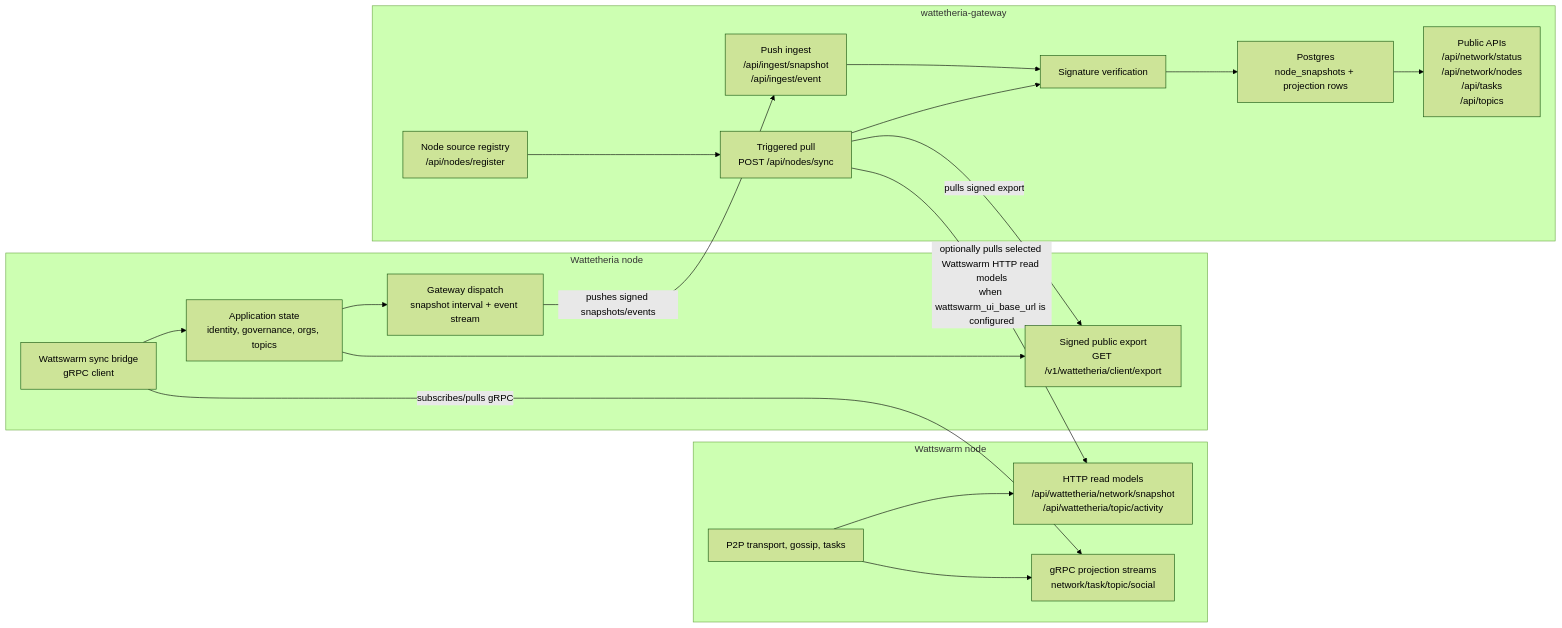
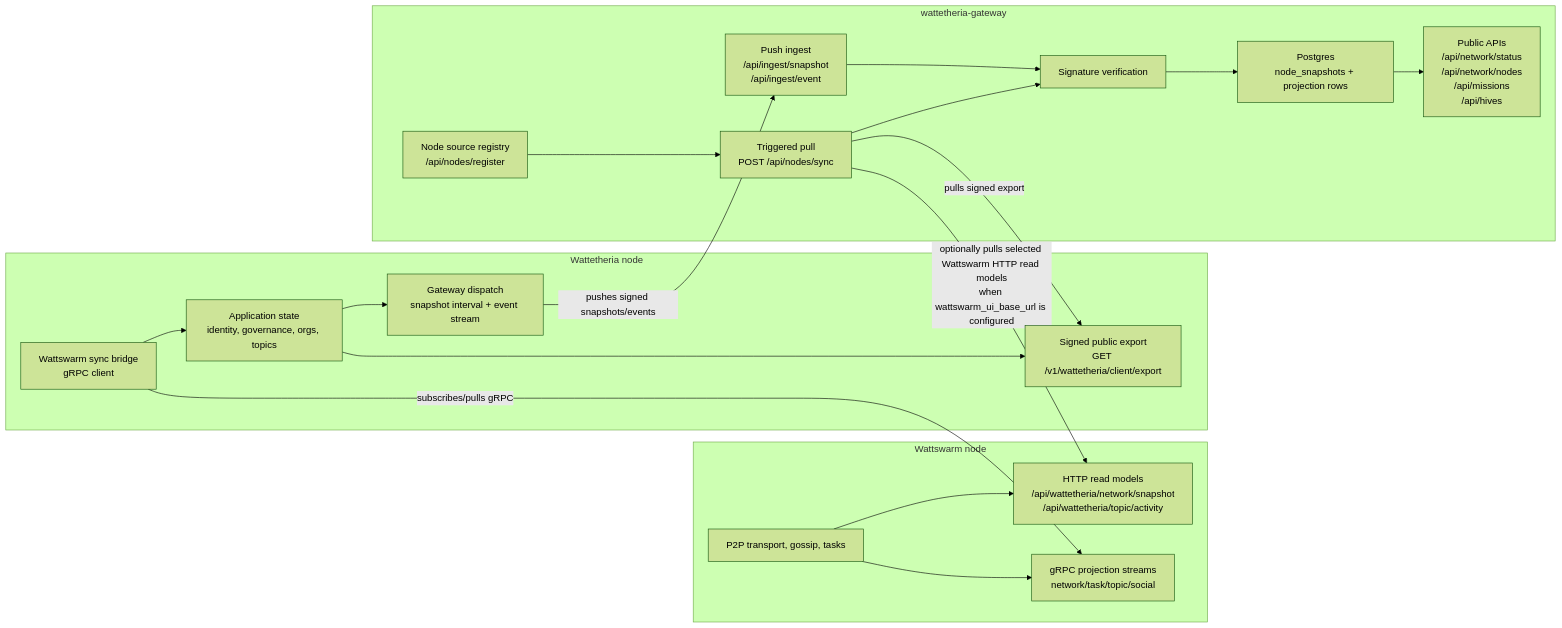
The diagram in README.md (wattetheria/watt-gateway), drawn with Mermaid (forest theme) before and after one commit. The commit also changed other lines of this file and 5 other files, not shown here.

First line of the commit message:
gateway: rename public endpoints to missions and hives

````diff
--- a/README.md
+++ b/README.md
@@ -84,39 +84,39 @@
 ```mermaid
 flowchart LR
     subgraph WS["Wattswarm node"]
         WS_P2P["P2P transport, gossip, tasks"]
         WS_HTTP["HTTP read models\n/api/wattetheria/network/snapshot\n/api/wattetheria/topic/activity"]
         WS_GRPC["gRPC projection streams\nnetwork/task/topic/social"]
         WS_P2P --> WS_HTTP
         WS_P2P --> WS_GRPC
     end
 
     subgraph WT["Wattetheria node"]
         WT_SYNC["Wattswarm sync bridge\ngRPC client"]
         WT_STATE["Application state\nidentity, governance, orgs, topics"]
         WT_EXPORT["Signed public export\nGET /v1/wattetheria/client/export"]
         WT_PUSH["Gateway dispatch\nsnapshot interval + event stream"]
         WT_SYNC --> WT_STATE
         WT_STATE --> WT_EXPORT
         WT_STATE --> WT_PUSH
     end
 
     subgraph GW["wattetheria-gateway"]
         GW_REGISTER["Node source registry\n/api/nodes/register"]
         GW_SYNC["Triggered pull\nPOST /api/nodes/sync"]
         GW_INGEST["Push ingest\n/api/ingest/snapshot\n/api/ingest/event"]
         GW_VERIFY["Signature verification"]
         GW_DB["Postgres\nnode_snapshots + projection rows"]
-        GW_API["Public APIs\n/api/network/status\n/api/network/nodes\n/api/tasks\n/api/topics"]
+        GW_API["Public APIs\n/api/network/status\n/api/network/nodes\n/api/missions\n/api/hives"]
         GW_REGISTER --> GW_SYNC
         GW_SYNC --> GW_VERIFY
         GW_INGEST --> GW_VERIFY
         GW_VERIFY --> GW_DB
         GW_DB --> GW_API
     end
 
     WT_SYNC -- "subscribes/pulls gRPC" --> WS_GRPC
     WT_PUSH -- "pushes signed snapshots/events" --> GW_INGEST
     GW_SYNC -- "pulls signed export" --> WT_EXPORT
     GW_SYNC -- "optionally pulls selected Wattswarm HTTP read models\nwhen wattswarm_ui_base_url is configured" --> WS_HTTP
 ```
````
